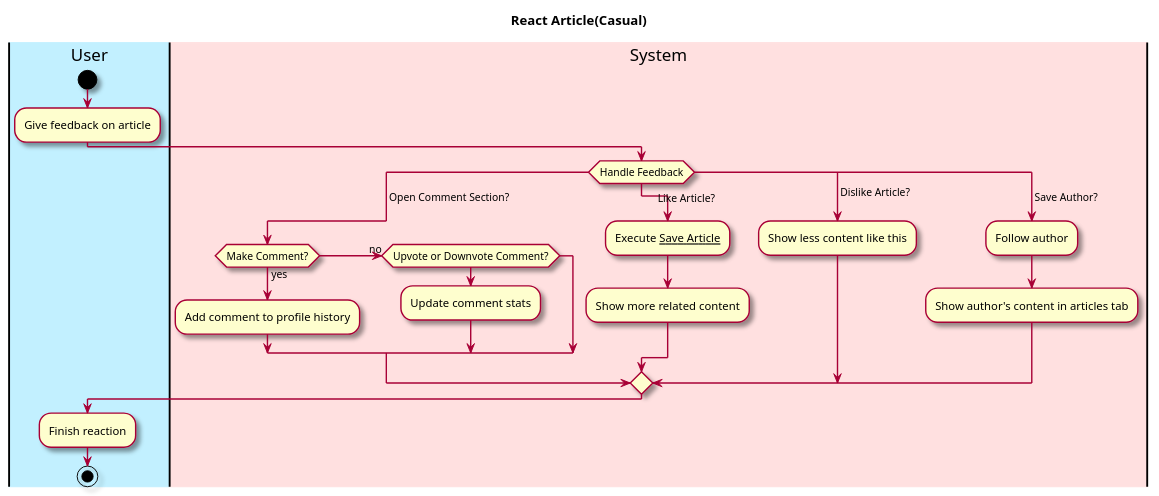
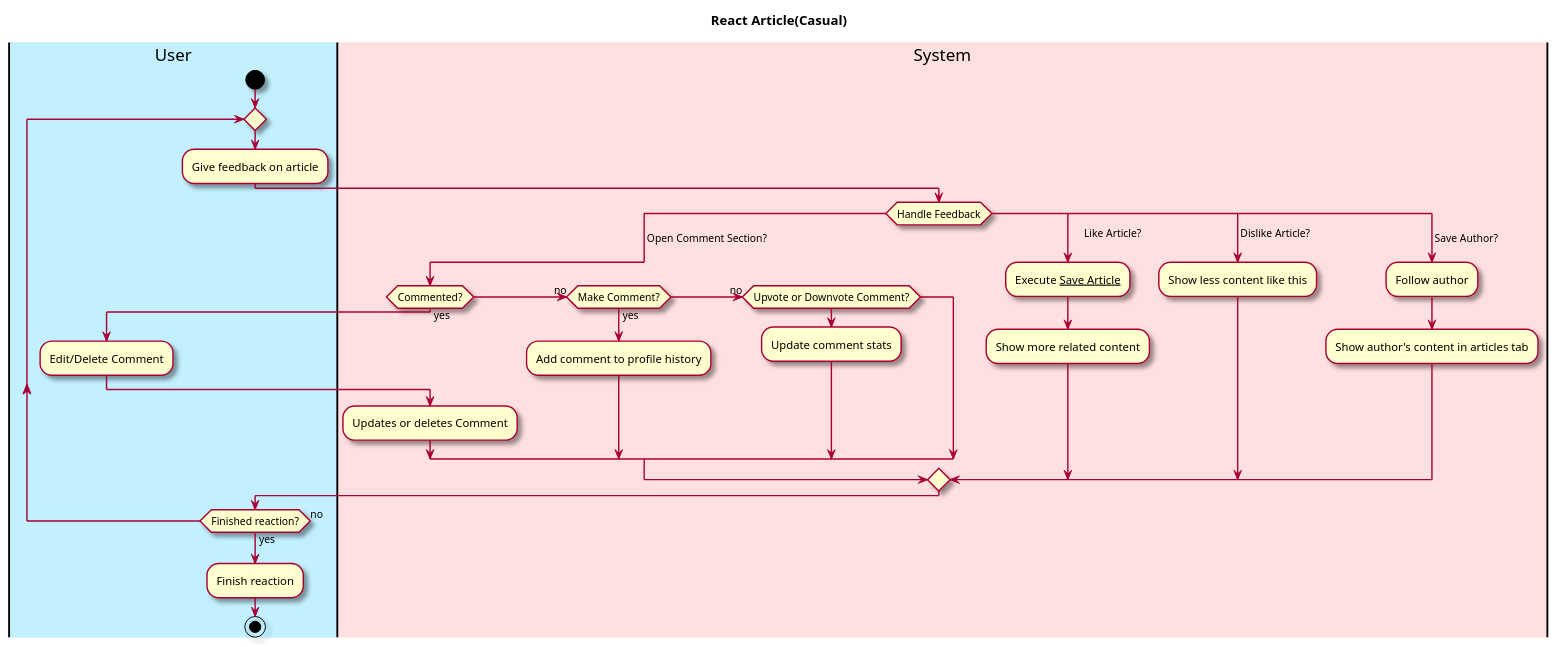
One commit to owhitleym-ui/EcoScoop changed the diagram in intellij/doc/Functional Specification/react-article.md. Above: the diagram before and after it, drawn with PlantUML. The commit also changed 12 other files, not shown here.

````diff
--- a/intellij/doc/Functional Specification/react-article.md
+++ b/intellij/doc/Functional Specification/react-article.md
@@ -27,45 +27,51 @@
 ```plantuml
 @startuml
 
 skin rose
 
 title React Article(Casual)
 
 'define the lanes
 |#application|User|
 |#implementation|System|
 
+
 |User|
 start
+repeat
 :Give feedback on article;
-
 |System|
 switch (Handle Feedback)
-
+    
     case ( Open Comment Section?)
-        if (Make Comment?) then (yes)
+        if(Commented?) then (yes)
+            |User|
+            :Edit/Delete Comment;
+            |System|
+            :Updates or deletes Comment;
+        (no)elseif (Make Comment?) then (yes)
             |System|
             :Add comment to profile history;
         (no)elseif (Upvote or Downvote Comment?)
             |System|
             :Update comment stats;
         endif
     case (      Like Article?)
         |System|
         :Execute __Save Article__;
         :Show more related content;
     case ( Dislike Article?)
         :Show less content like this;
     case ( Save Author?) 
         |System|
         :Follow author;
         :Show author's content in articles tab;
 endswitch
 
 
 |User|
+repeat while (Finished reaction?) is (no) not (yes)
 :Finish reaction;
-
 stop
 @enduml
 ```
````
